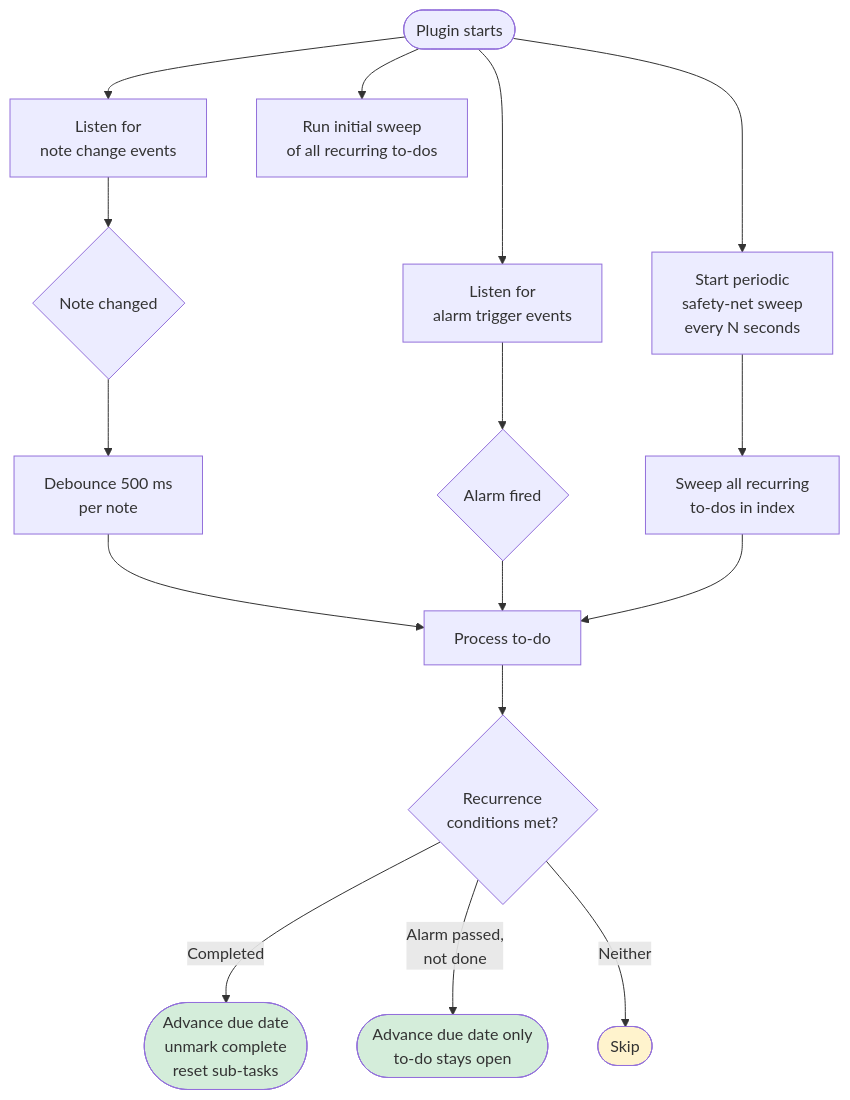
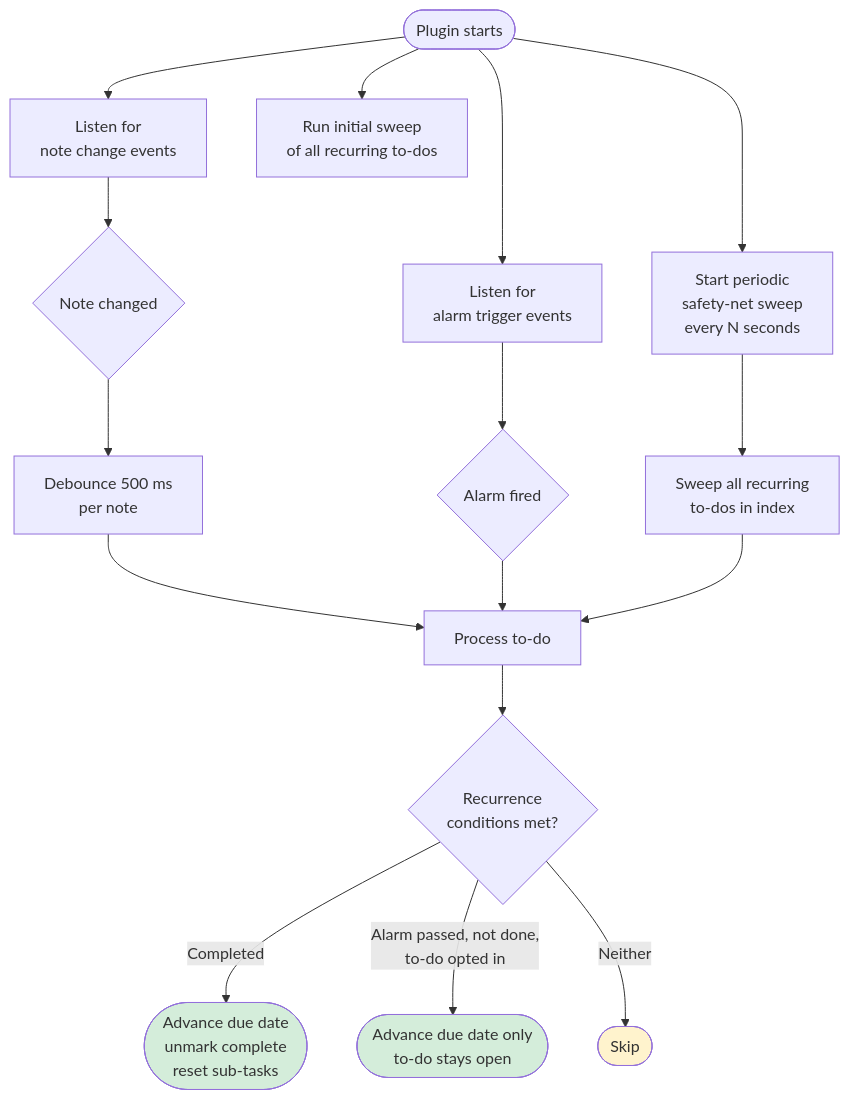
One commit to TheScriptingGuy/Joplin-Repeating-Todos-Plugin changed the fourth of 4 diagrams in README.md. Above: the diagram before and after it, drawn with Mermaid. The commit also changed other lines of this file and 11 other files, not shown here.

````diff
--- a/README.md
+++ b/README.md
@@ -268,26 +273,26 @@
 ```mermaid
 flowchart TD
     A([Plugin starts]) --> B[Listen for\nnote change events]
     A --> C[Listen for\nalarm trigger events]
     A --> D[Run initial sweep\nof all recurring to-dos]
     A --> E[Start periodic\nsafety-net sweep\nevery N seconds]
 
     B --> F{Note changed}
     F --> G[Debounce 500 ms\nper note]
     G --> H[Process to-do]
 
     C --> I{Alarm fired}
     I --> H
 
     E --> L[Sweep all recurring\nto-dos in index]
     L --> H
 
     H --> M{Recurrence\nconditions met?}
     M -- Completed --> N([Advance due date\nunmark complete\nreset sub-tasks])
-    M -- Alarm passed,\nnot done --> P([Advance due date only\nto-do stays open])
+    M -- Alarm passed, not done,\nto-do opted in --> P([Advance due date only\nto-do stays open])
     M -- Neither --> O([Skip])
 
     style N fill:#d4edda
     style P fill:#d4edda
     style O fill:#fff3cd
 ```
````
